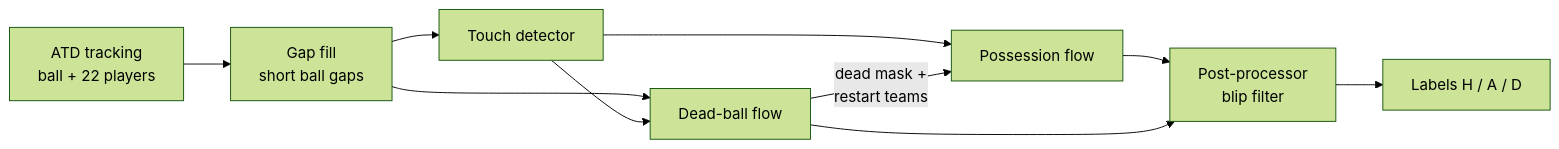
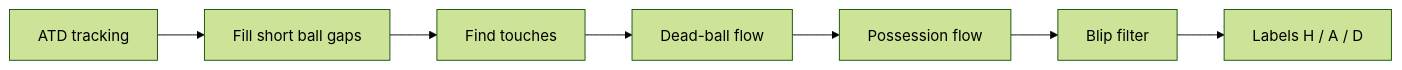
The first of 3 diagrams in TECHNICAL_DOC.md (AbhinavPrabhat/mtah2027-submission), drawn with Mermaid (forest theme) before and after one commit. The commit also changed other lines of this file and 1 other file, not shown here.

Commit message:
Technical document: plainer wording, a glossary, rule-based naming, simpler possession diagram, references

````diff
--- a/TECHNICAL_DOC.md
+++ b/TECHNICAL_DOC.md
@@ -98,12 +108,9 @@
 ```mermaid
 flowchart LR
-    A[ATD tracking<br/>ball + 22 players] --> B[Gap fill<br/>short ball gaps]
-    B --> C[Touch detector]
-    B --> D[Dead-ball flow]
-    C --> D
-    C --> E[Possession flow]
-    D -->|dead mask +<br/>restart teams| E
-    E --> F[Post-processor<br/>blip filter]
-    D --> F
+    A[ATD tracking] --> B[Fill short ball gaps]
+    B --> C[Find touches]
+    C --> D[Dead-ball flow]
+    D --> E[Possession flow]
+    E --> F[Blip filter]
     F --> G[Labels H / A / D]
 ```
````
